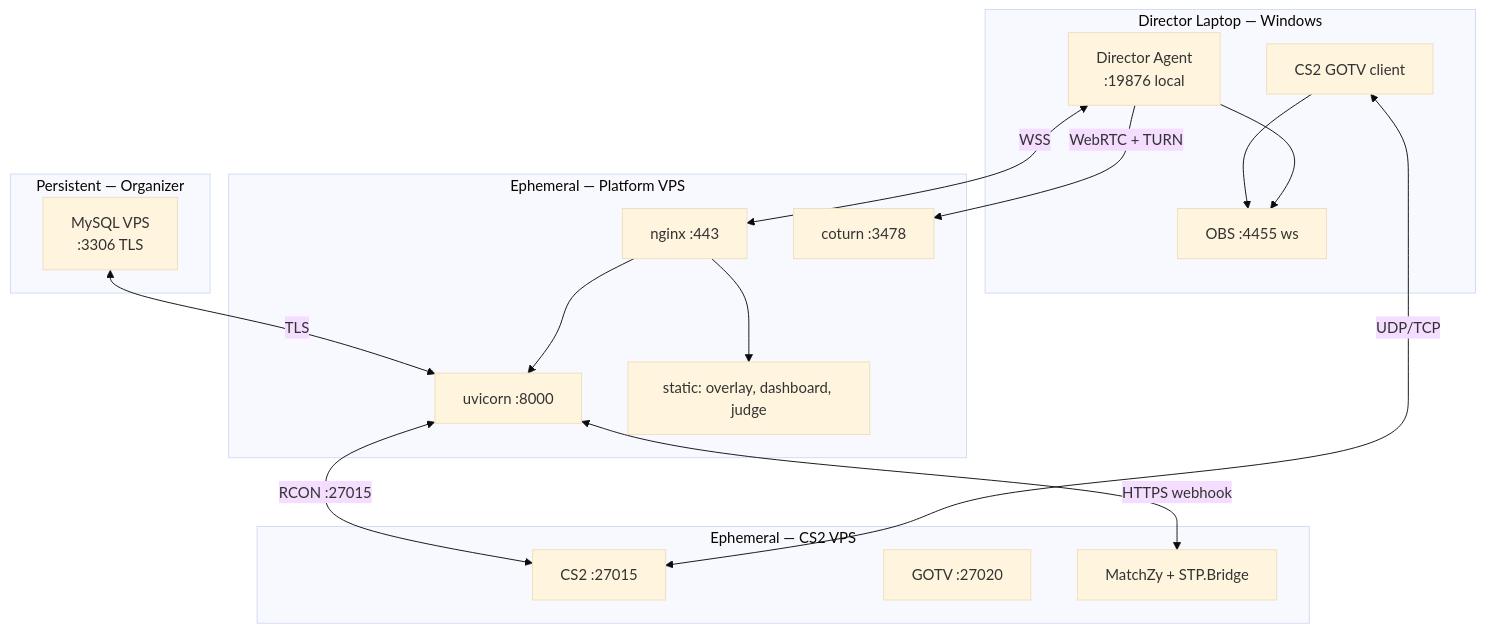
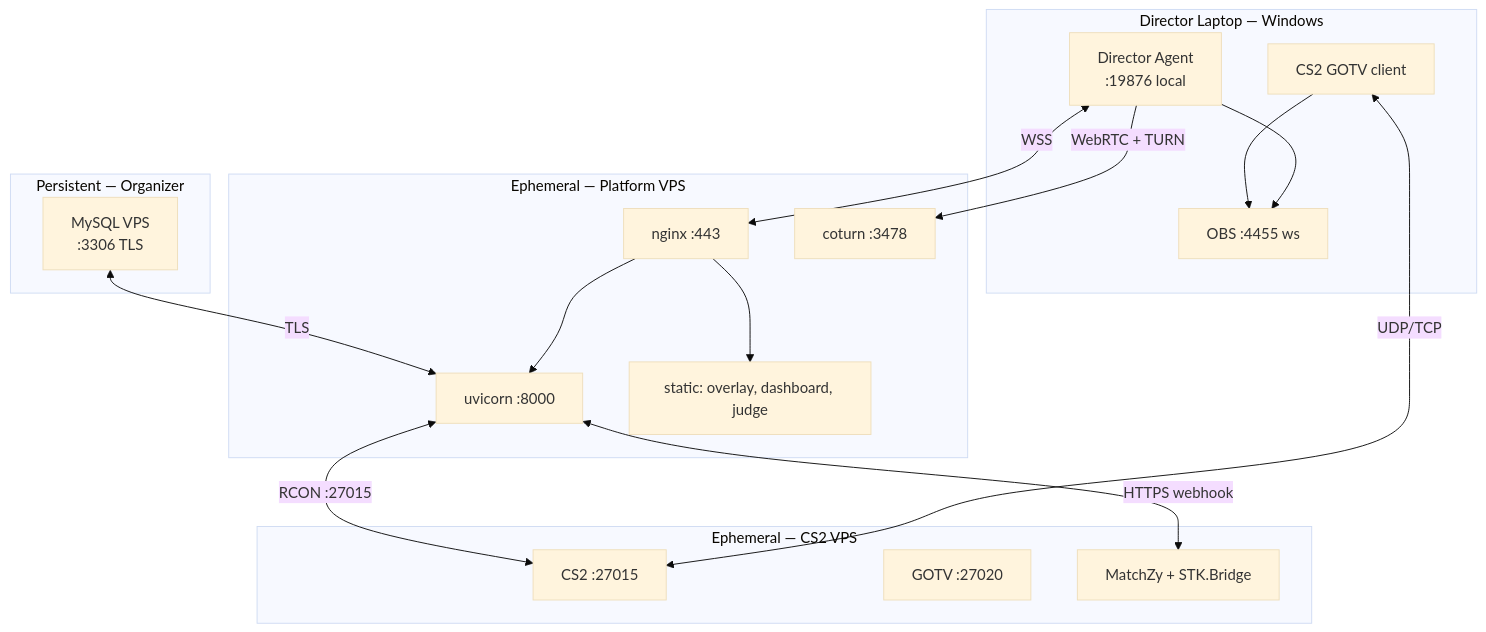
Before and after one commit to Gorshipiskp/StudentTournamentKit: the second of 6 diagrams in docs/ARCHITECTURE.md, drawn with Mermaid (base theme). The commit also changed other lines of this file and 72 other files, not shown here.

````diff
--- a/docs/ARCHITECTURE.md
+++ b/docs/ARCHITECTURE.md
@@ -152,36 +152,36 @@
 ```mermaid
 flowchart TB
     subgraph persistent ["Persistent — Organizer"]
         MYSQL["MySQL VPS\n:3306 TLS"]
     end
 
     subgraph platform_vps ["Ephemeral — Platform VPS"]
         NGINX["nginx :443"]
         API["uvicorn :8000"]
         COTURN["coturn :3478"]
         STATIC["static: overlay, dashboard, judge"]
     end
 
     subgraph cs2_vps ["Ephemeral — CS2 VPS"]
         GAMESRV["CS2 :27015"]
         GOTV["GOTV :27020"]
-        PLUGINS["MatchZy + STP.Bridge"]
+        PLUGINS["MatchZy + STK.Bridge"]
     end
 
     subgraph director_pc ["Director Laptop — Windows"]
         AGENT["Director Agent\n:19876 local"]
         OBS["OBS :4455 ws"]
         CS2CLIENT["CS2 GOTV client"]
     end
 
     MYSQL <-->|"TLS"| API
     NGINX --> API
     NGINX --> STATIC
     API <-->|"HTTPS webhook"| PLUGINS
     API <-->|"RCON :27015"| GAMESRV
     AGENT <-->|"WSS"| NGINX
     CS2CLIENT <-->|"UDP/TCP"| GAMESRV
     CS2CLIENT --> OBS
     AGENT --> OBS
     AGENT -->|"WebRTC + TURN"| COTURN
 ```
````
